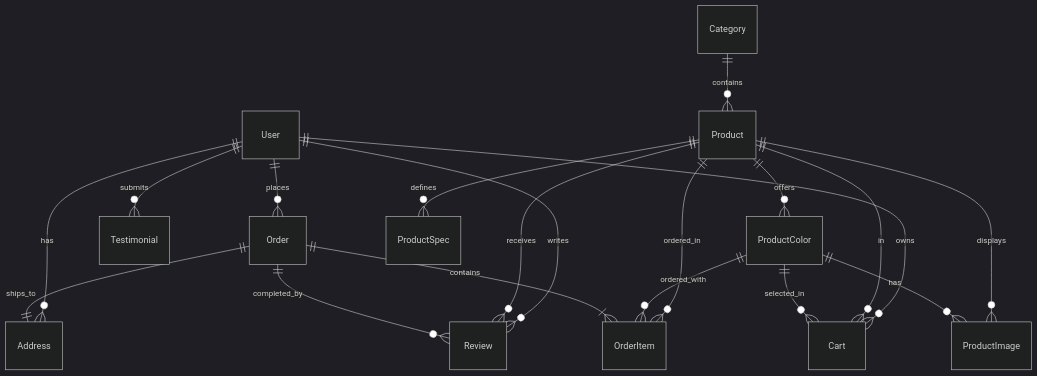
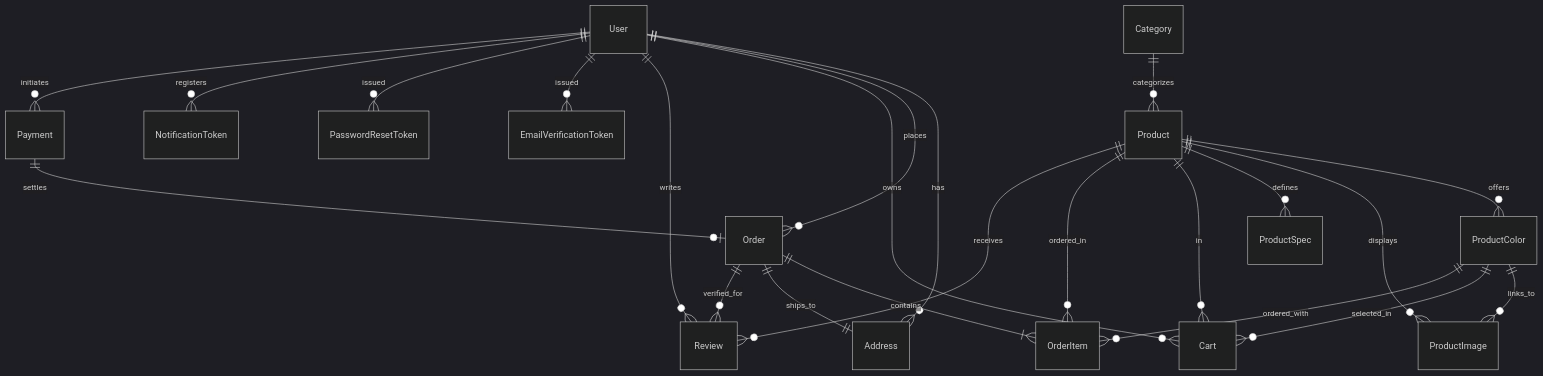
One commit to Cruise3d/cruise3d changed the second of 2 diagrams in cruise3d-api/README.md. Above: the diagram before and after it, drawn with Mermaid (dark theme). The commit also changed other lines of this file and 24 other files, not shown here.

````diff
--- a/cruise3d-api/README.md
+++ b/cruise3d-api/README.md
@@ -70,25 +102,30 @@
 ```mermaid
 erDiagram
     User ||--o{ Address : "has"
     User ||--o{ Order : "places"
     User ||--o{ Cart : "owns"
     User ||--o{ Review : "writes"
-    User ||--o{ Testimonial : "submits"
-    
-    Category ||--o{ Product : "contains"
-    
+    User ||--o{ EmailVerificationToken : "issued"
+    User ||--o{ PasswordResetToken : "issued"
+    User ||--o{ NotificationToken : "registers"
+    User ||--o{ Payment : "initiates"
+
+    Category ||--o{ Product : "categorizes"
+
     Product ||--o{ ProductColor : "offers"
     Product ||--o{ ProductImage : "displays"
     Product ||--o{ ProductSpec : "defines"
     Product ||--o{ Cart : "in"
     Product ||--o{ OrderItem : "ordered_in"
     Product ||--o{ Review : "receives"
-    
-    ProductColor ||--o{ ProductImage : "has"
+
+    ProductColor ||--o{ ProductImage : "links_to"
     ProductColor ||--o{ Cart : "selected_in"
     ProductColor ||--o{ OrderItem : "ordered_with"
-    
+
     Order ||--|{ OrderItem : "contains"
     Order ||--|| Address : "ships_to"
-    Order ||--o{ Review : "completed_by"
+    Order ||--o{ Review : "verified_for"
+
+    Payment ||--o| Order : "settles"
 ```
````
